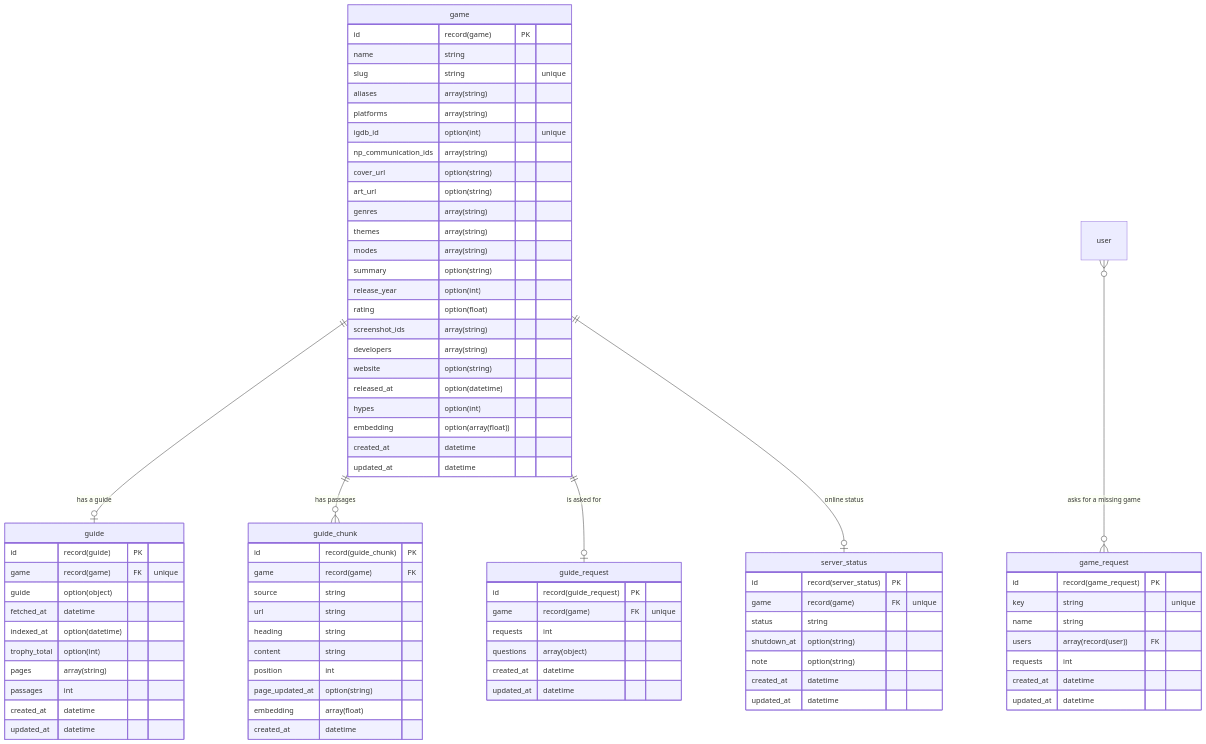
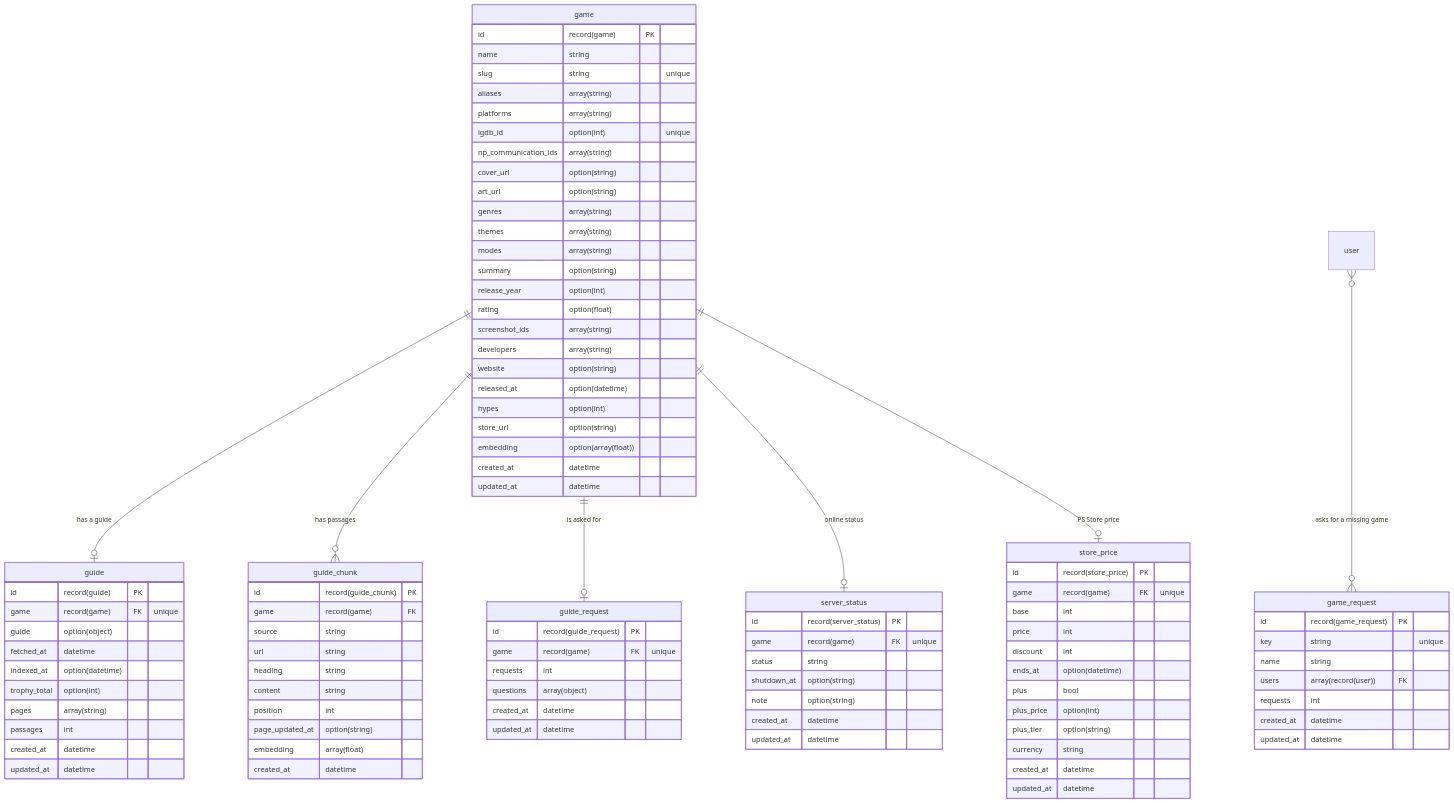
One commit to renatoaug/platjourney changed the fourth of 5 diagrams in docs/database.md. Above: the diagram before and after it, drawn with Mermaid. The commit also changed other lines of this file and 49 other files, not shown here.

First line of the commit message:
feat(deals): ps store prices and ps plus catalog for saved games

```diff
--- a/docs/database.md
+++ b/docs/database.md
@@ -211,6 +212,7 @@
     game ||--o{ guide_chunk : "has passages"
     game ||--o| guide_request : "is asked for"
     game ||--o| server_status : "online status"
+    game ||--o| store_price : "PS Store price"
     user }o--o{ game_request : "asks for a missing game"
     game {
         id record(game) PK
@@ -233,6 +235,7 @@
         website option(string)
         released_at option(datetime)
         hypes option(int)
+        store_url option(string)
         embedding option(array(float))
         created_at datetime
         updated_at datetime
@@ -278,6 +281,20 @@
         created_at datetime
         updated_at datetime
     }
+    store_price {
+        id record(store_price) PK
+        game record(game) FK "unique"
+        base int
+        price int
+        discount int
+        ends_at option(datetime)
+        plus bool
+        plus_price option(int)
+        plus_tier option(string)
+        currency string
+        created_at datetime
+        updated_at datetime
+    }
     server_status {
         id record(server_status) PK
         game record(game) FK "unique"
```
